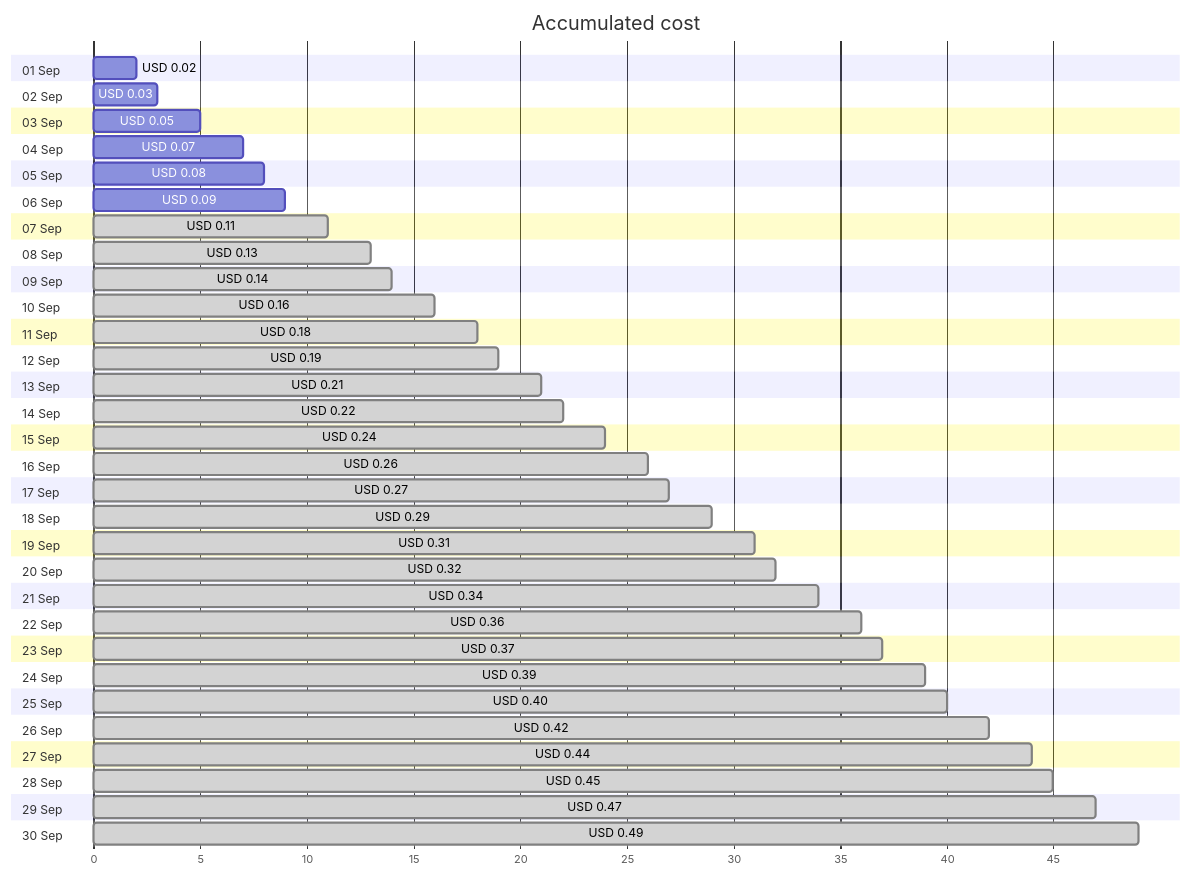
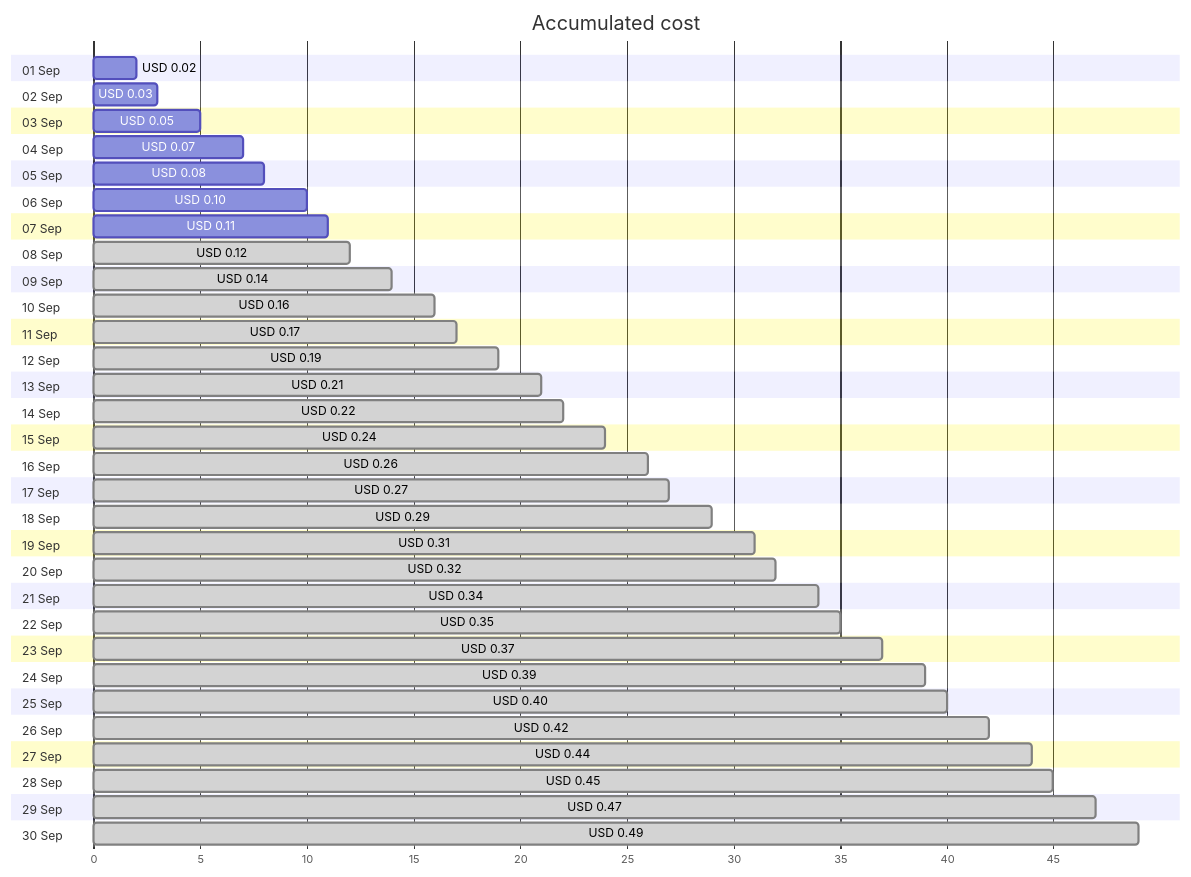
Before and after one commit to jpfulton/azure-personal-reports: the first of 4 diagrams in cost-reports/personal-dns/jpatrickfulton.com.md, drawn with Mermaid. The commit also changed other lines of this file and 2 other files, not shown here.

````diff
--- a/cost-reports/personal-dns/jpatrickfulton.com.md
+++ b/cost-reports/personal-dns/jpatrickfulton.com.md
@@ -20,66 +20,66 @@
 ```mermaid
 gantt
    title Accumulated cost
    dateFormat  X
    axisFormat %s
    section 01 Sep
    USD 0.02 :0, 2
    section 02 Sep
    USD 0.03 :0, 3
    section 03 Sep
    USD 0.05 :0, 5
    section 04 Sep
    USD 0.07 :0, 7
    section 05 Sep
    USD 0.08 :0, 8
    section 06 Sep
-   USD 0.09 :0, 9
+   USD 0.10 :0, 10
    section 07 Sep
-   USD 0.11 : done, 0, 11
+   USD 0.11 :0, 11
    section 08 Sep
-   USD 0.13 : done, 0, 13
+   USD 0.12 : done, 0, 12
    section 09 Sep
    USD 0.14 : done, 0, 14
    section 10 Sep
    USD 0.16 : done, 0, 16
    section 11 Sep
-   USD 0.18 : done, 0, 18
+   USD 0.17 : done, 0, 17
    section 12 Sep
    USD 0.19 : done, 0, 19
    section 13 Sep
    USD 0.21 : done, 0, 21
    section 14 Sep
    USD 0.22 : done, 0, 22
    section 15 Sep
    USD 0.24 : done, 0, 24
    section 16 Sep
    USD 0.26 : done, 0, 26
    section 17 Sep
    USD 0.27 : done, 0, 27
    section 18 Sep
    USD 0.29 : done, 0, 29
    section 19 Sep
    USD 0.31 : done, 0, 31
    section 20 Sep
    USD 0.32 : done, 0, 32
    section 21 Sep
    USD 0.34 : done, 0, 34
    section 22 Sep
-   USD 0.36 : done, 0, 36
+   USD 0.35 : done, 0, 35
    section 23 Sep
    USD 0.37 : done, 0, 37
    section 24 Sep
    USD 0.39 : done, 0, 39
    section 25 Sep
    USD 0.40 : done, 0, 40
    section 26 Sep
    USD 0.42 : done, 0, 42
    section 27 Sep
    USD 0.44 : done, 0, 44
    section 28 Sep
    USD 0.45 : done, 0, 45
    section 29 Sep
    USD 0.47 : done, 0, 47
    section 30 Sep
    USD 0.49 : done, 0, 49
 ```
````
